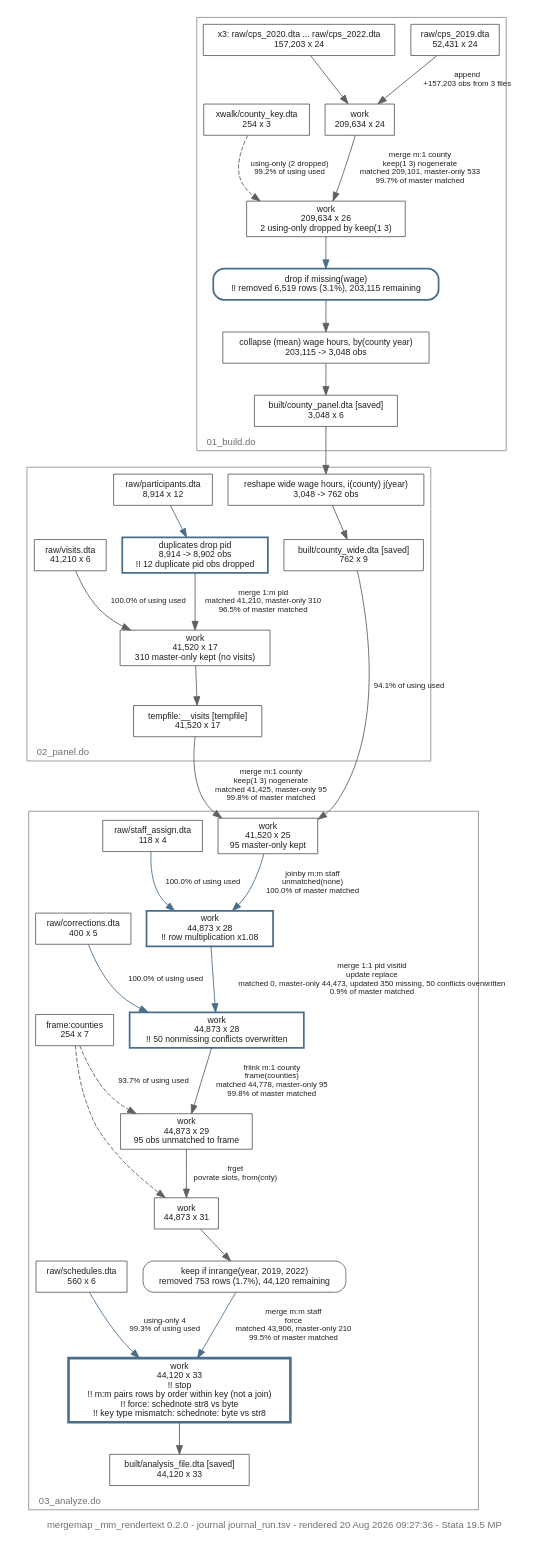
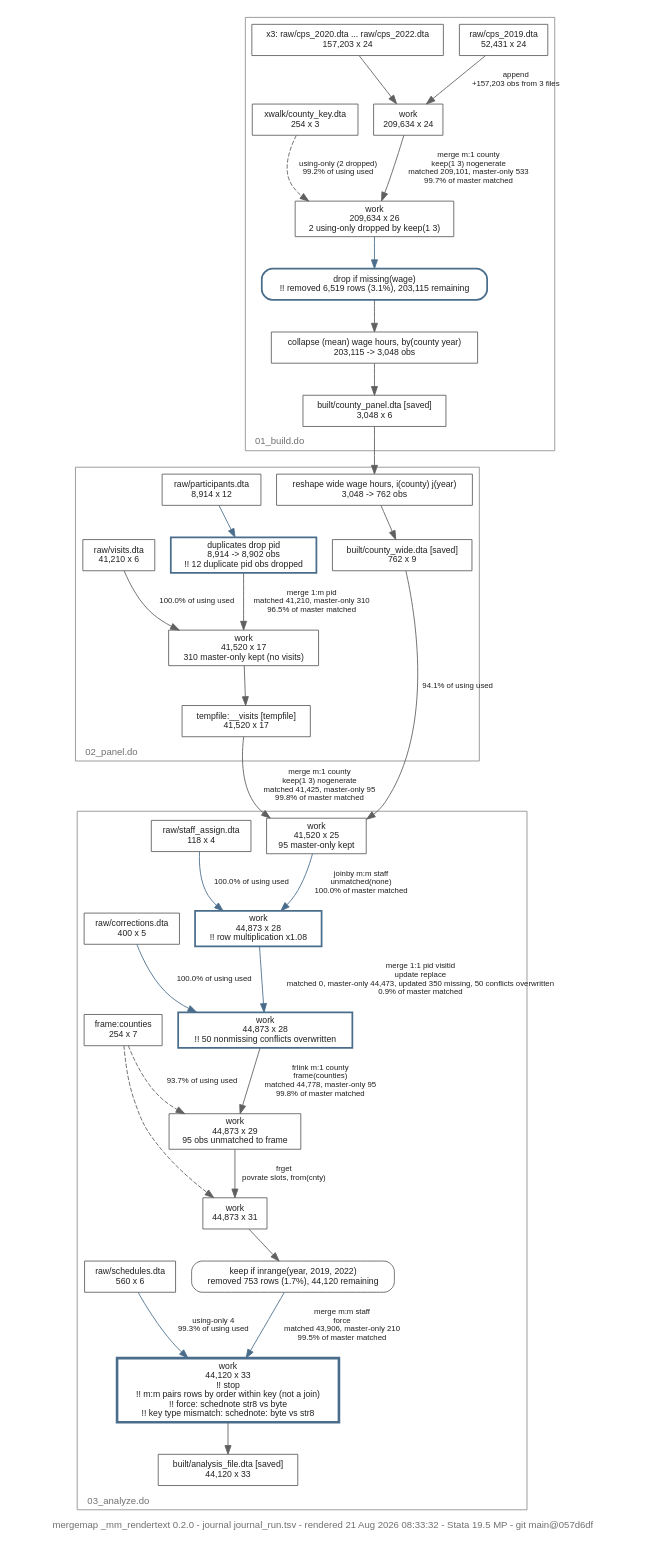
One commit to ericabooth/mergemap-stata-public changed the diagram in gallery/text_run_tb.dot. Above: the diagram before and after it, drawn with Graphviz. The commit also changed 52 other files, not shown here.

```diff
--- a/gallery/text_run_tb.dot
+++ b/gallery/text_run_tb.dot
@@ -1,74 +1,74 @@
-// mergemap _mm_rendertext 0.2.0 - journal journal_run.tsv - rendered 20 Aug 2026 09:27:36 - Stata 19.5 MP
+// mergemap _mm_rendertext 0.2.0 - journal journal_run.tsv - rendered 21 Aug 2026 08:33:32 - Stata 19.5 MP - git main@057d6df
 // mergemap data-flow map of journal_run.tsv
 digraph mergemap {
   rankdir=TB;
-  graph [fontname="Helvetica", fontsize=11, labeljust="l", labelloc="b", fontcolor="#707070", label="mergemap _mm_rendertext 0.2.0 - journal journal_run.tsv - rendered 20 Aug 2026 09:27:36 - Stata 19.5 MP"];
+  graph [fontname="Helvetica", fontsize=11, labeljust="l", labelloc="b", fontcolor="#707070", label="mergemap _mm_rendertext 0.2.0 - journal journal_run.tsv - rendered 21 Aug 2026 08:33:32 - Stata 19.5 MP - git main@057d6df"];
   node  [shape=box, fontname="Helvetica", fontsize=10, color="#606060", fontcolor="#202020"];
   edge  [fontname="Helvetica", fontsize=9, color="#606060", fontcolor="#202020"];
   subgraph cluster_1 {
     label="01_build.do";
     color="#909090";
     d6 [label="raw/cps_2019.dta\n52,431 x 24"];
     d7 [label="x3: raw/cps_2020.dta ... raw/cps_2022.dta\n157,203 x 24"];
     s2 [label="work\n209,634 x 24"];
     d13 [label="xwalk/county_key.dta\n254 x 3"];
     s3 [label="work\n209,634 x 26\n2 using-only dropped by keep(1 3)"];
     s4 [label="drop if missing(wage)\n!! removed 6,519 rows (3.1%), 203,115 remaining", style=rounded, color="#4a6d8c", penwidth=2];
     s5 [label="collapse (mean) wage hours, by(county year)\n203,115 -> 3,048 obs"];
     d2 [label="built/county_panel.dta [saved]\n3,048 x 6"];
   }
   subgraph cluster_2 {
     label="02_panel.do";
     color="#909090";
     d8 [label="raw/participants.dta\n8,914 x 12"];
     s8 [label="duplicates drop pid\n8,914 -> 8,902 obs\n!! 12 duplicate pid obs dropped", color="#4a6d8c", penwidth=2];
     d11 [label="raw/visits.dta\n41,210 x 6"];
     s9 [label="work\n41,520 x 17\n310 master-only kept (no visits)"];
     d12 [label="tempfile:__visits [tempfile]\n41,520 x 17"];
     s12 [label="reshape wide wage hours, i(county) j(year)\n3,048 -> 762 obs"];
     d3 [label="built/county_wide.dta [saved]\n762 x 9"];
   }
   subgraph cluster_3 {
     label="03_analyze.do";
     color="#909090";
     s15 [label="work\n41,520 x 25\n95 master-only kept"];
     d10 [label="raw/staff_assign.dta\n118 x 4"];
     s16 [label="work\n44,873 x 28\n!! row multiplication x1.08", color="#4a6d8c", penwidth=2];
     d5 [label="raw/corrections.dta\n400 x 5"];
     s17 [label="work\n44,873 x 28\n!! 50 nonmissing conflicts overwritten", color="#4a6d8c", penwidth=2];
     d4 [label="frame:counties\n254 x 7"];
     s18 [label="work\n44,873 x 29\n95 obs unmatched to frame"];
     s19 [label="work\n44,873 x 31"];
     s20 [label="keep if inrange(year, 2019, 2022)\nremoved 753 rows (1.7%), 44,120 remaining", style=rounded];
     d9 [label="raw/schedules.dta\n560 x 6"];
     s21 [label="work\n44,120 x 33\n!! stop\n!! m:m pairs rows by order within key (not a join)\n!! force: schednote str8 vs byte\n!! key type mismatch: schednote: byte vs str8", color="#4a6d8c", penwidth=3];
     d1 [label="built/analysis_file.dta [saved]\n44,120 x 33"];
   }
   d6 -> s2 [label="append\n+157,203 obs from 3 files"];
   d7 -> s2;
   s2 -> s3 [label="merge m:1 county\nkeep(1 3) nogenerate\nmatched 209,101, master-only 533\n99.7% of master matched"];
   d13 -> s3 [label="using-only (2 dropped)\n99.2% of using used", style=dashed];
   s3 -> s4 [color="#4a6d8c"];
   s4 -> s5;
   s5 -> d2;
   d8 -> s8 [color="#4a6d8c"];
   s8 -> s9 [label="merge 1:m pid\nmatched 41,210, master-only 310\n96.5% of master matched"];
   d11 -> s9 [label="100.0% of using used"];
   s9 -> d12;
   d2 -> s12;
   s12 -> d3;
   d12 -> s15 [label="merge m:1 county\nkeep(1 3) nogenerate\nmatched 41,425, master-only 95\n99.8% of master matched"];
   d3 -> s15 [label="94.1% of using used"];
   s15 -> s16 [label="joinby m:m staff\nunmatched(none)\n100.0% of master matched", color="#4a6d8c"];
   d10 -> s16 [label="100.0% of using used", color="#4a6d8c"];
   s16 -> s17 [label="merge 1:1 pid visitid\nupdate replace\nmatched 0, master-only 44,473, updated 350 missing, 50 conflicts overwritten\n0.9% of master matched", color="#4a6d8c"];
   d5 -> s17 [label="100.0% of using used", color="#4a6d8c"];
   s17 -> s18 [label="frlink m:1 county\nframe(counties)\nmatched 44,778, master-only 95\n99.8% of master matched"];
   d4 -> s18 [label="93.7% of using used", style=dashed];
   s18 -> s19 [label="frget\npovrate slots, from(cnty)"];
   d4 -> s19 [style=dashed];
   s19 -> s20;
   s20 -> s21 [label="merge m:m staff\nforce\nmatched 43,906, master-only 210\n99.5% of master matched", color="#4a6d8c"];
   d9 -> s21 [label="using-only 4\n99.3% of using used", color="#4a6d8c"];
   s21 -> d1;
 }
```
